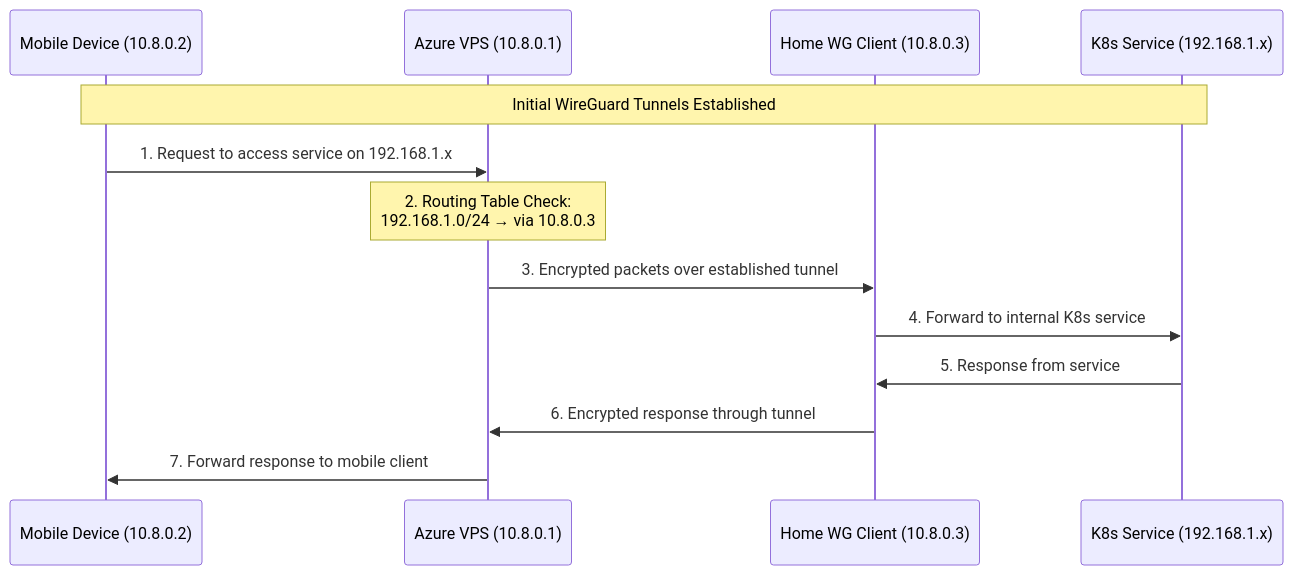
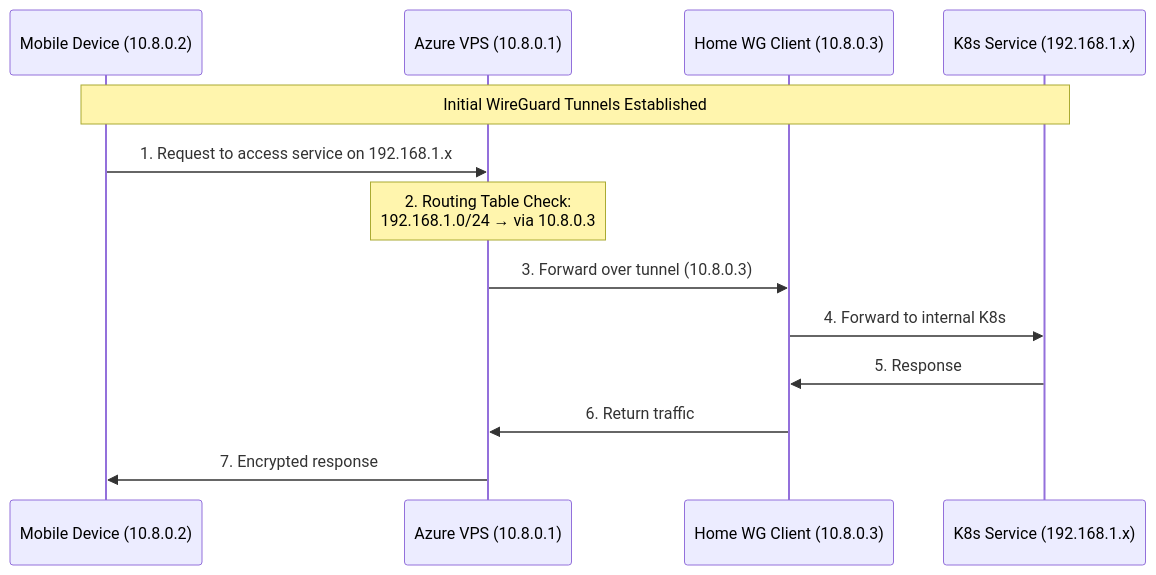
Before and after one commit to kpoxo6op/soyvps: the second of 3 diagrams in plan.md, drawn with Mermaid. The commit also changed other lines of this file, not shown here.

````diff
--- a/plan.md
+++ b/plan.md
@@ -281,19 +265,19 @@
 ```mermaid
 sequenceDiagram
     participant Mobile as Mobile Device (10.8.0.2)
     participant VPS as Azure VPS (10.8.0.1)
     participant Home as Home WG Client (10.8.0.3)
     participant K8s as K8s Service (192.168.1.x)
     
     Note over Mobile,K8s: Initial WireGuard Tunnels Established
     
     Mobile->>VPS: 1. Request to access service on 192.168.1.x
     
     Note over VPS: 2. Routing Table Check:<br>192.168.1.0/24 → via 10.8.0.3
     
-    VPS->>Home: 3. Encrypted packets over established tunnel
-    Home->>K8s: 4. Forward to internal K8s service
-    K8s->>Home: 5. Response from service
-    Home->>VPS: 6. Encrypted response through tunnel
-    VPS->>Mobile: 7. Forward response to mobile client
+    VPS->>Home: 3. Forward over tunnel (10.8.0.3)
+    Home->>K8s: 4. Forward to internal K8s
+    K8s->>Home: 5. Response
+    Home->>VPS: 6. Return traffic
+    VPS->>Mobile: 7. Encrypted response
 ```
````
